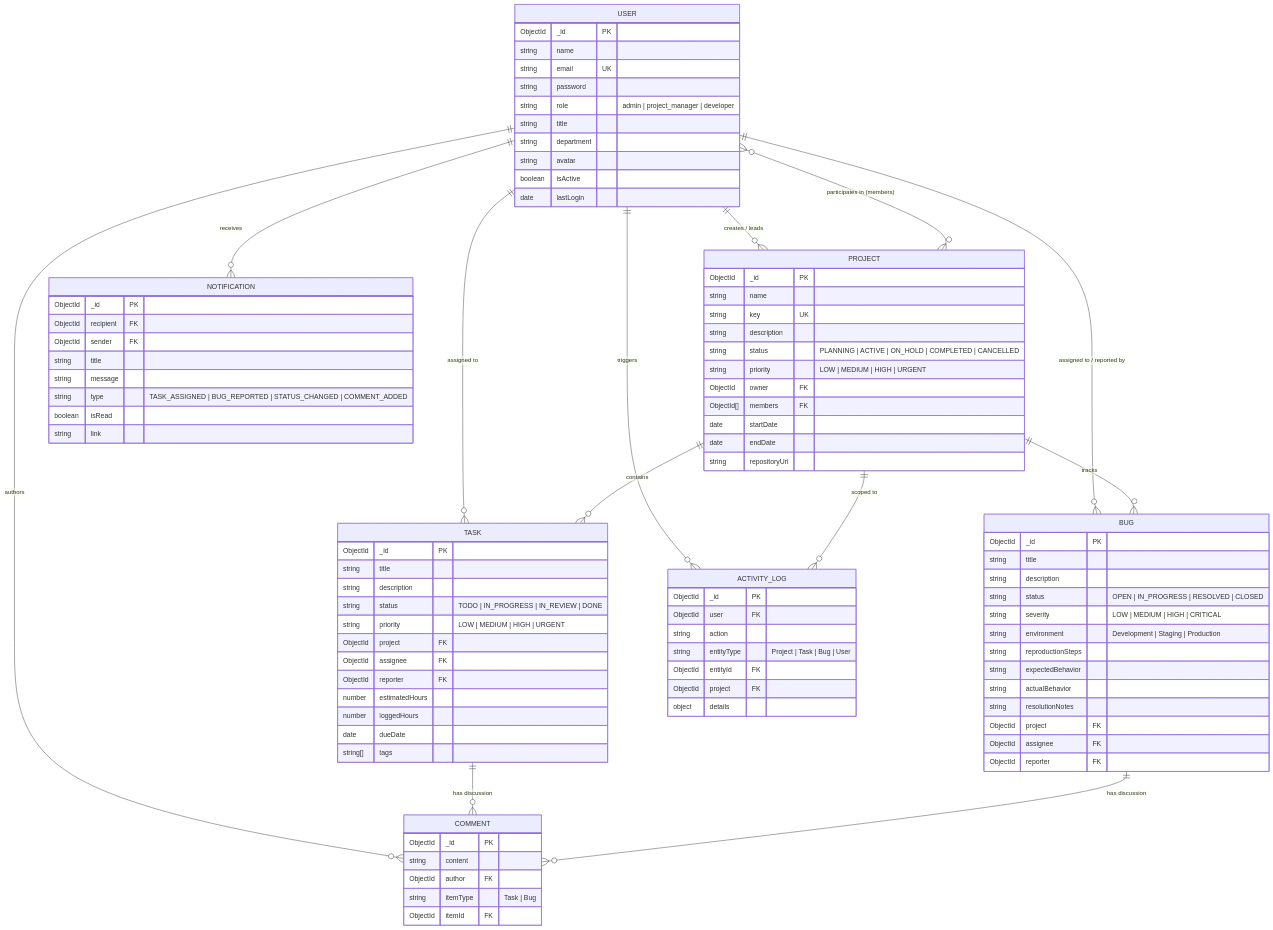
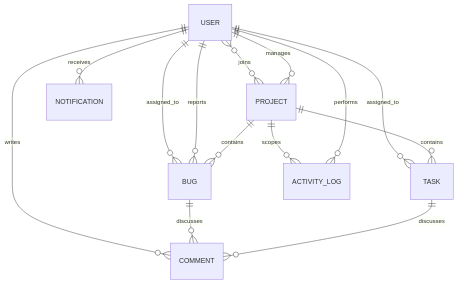
One commit to naveeedkhan123/devtrack-project-management-system changed the second of 2 diagrams in docs/architecture.md. Above: the diagram before and after it, drawn with Mermaid. The commit also changed other lines of this file and 69 other files, not shown here.

````diff
--- a/docs/architecture.md
+++ b/docs/architecture.md
@@ -140,104 +43,16 @@
 ```mermaid
 erDiagram
-    USER ||--o{ PROJECT : "creates / leads"
-    USER }o--o{ PROJECT : "participates in (members)"
-    USER ||--o{ TASK : "assigned to"
-    USER ||--o{ BUG : "assigned to / reported by"
-    USER ||--o{ COMMENT : "authors"
-    USER ||--o{ NOTIFICATION : "receives"
-    USER ||--o{ ACTIVITY_LOG : "triggers"
-
-    PROJECT ||--o{ TASK : "contains"
-    PROJECT ||--o{ BUG : "tracks"
-    PROJECT ||--o{ ACTIVITY_LOG : "scoped to"
-
-    TASK ||--o{ COMMENT : "has discussion"
-    BUG ||--o{ COMMENT : "has discussion"
-
-    USER {
-        ObjectId _id PK
-        string name
-        string email UK
-        string password
-        string role "admin | project_manager | developer"
-        string title
-        string department
-        string avatar
-        boolean isActive
-        date lastLogin
-    }
-
-    PROJECT {
-        ObjectId _id PK
-        string name
-        string key UK
-        string description
-        string status "PLANNING | ACTIVE | ON_HOLD | COMPLETED | CANCELLED"
-        string priority "LOW | MEDIUM | HIGH | URGENT"
-        ObjectId owner FK
-        ObjectId[] members FK
-        date startDate
-        date endDate
-        string repositoryUrl
-    }
-
-    TASK {
-        ObjectId _id PK
-        string title
-        string description
-        string status "TODO | IN_PROGRESS | IN_REVIEW | DONE"
-        string priority "LOW | MEDIUM | HIGH | URGENT"
-        ObjectId project FK
-        ObjectId assignee FK
-        ObjectId reporter FK
-        number estimatedHours
-        number loggedHours
-        date dueDate
-        string[] tags
-    }
-
-    BUG {
-        ObjectId _id PK
-        string title
-        string description
-        string status "OPEN | IN_PROGRESS | RESOLVED | CLOSED"
-        string severity "LOW | MEDIUM | HIGH | CRITICAL"
-        string environment "Development | Staging | Production"
-        string reproductionSteps
-        string expectedBehavior
-        string actualBehavior
-        string resolutionNotes
-        ObjectId project FK
-        ObjectId assignee FK
-        ObjectId reporter FK
-    }
-
-    COMMENT {
-        ObjectId _id PK
-        string content
-        ObjectId author FK
-        string itemType "Task | Bug"
-        ObjectId itemId FK
-    }
-
-    NOTIFICATION {
-        ObjectId _id PK
-        ObjectId recipient FK
-        ObjectId sender FK
-        string title
-        string message
-        string type "TASK_ASSIGNED | BUG_REPORTED | STATUS_CHANGED | COMMENT_ADDED"
-        boolean isRead
-        string link
-    }
-
-    ACTIVITY_LOG {
-        ObjectId _id PK
-        ObjectId user FK
-        string action
-        string entityType "Project | Task | Bug | User"
-        ObjectId entityId FK
-        ObjectId project FK
-        object details
-    }
+  USER ||--o{ PROJECT : manages
+  USER }o--o{ PROJECT : joins
+  PROJECT ||--o{ TASK : contains
+  PROJECT ||--o{ BUG : contains
+  USER ||--o{ TASK : assigned_to
+  USER ||--o{ BUG : reports
+  USER ||--o{ BUG : assigned_to
+  TASK ||--o{ COMMENT : discusses
+  BUG ||--o{ COMMENT : discusses
+  USER ||--o{ COMMENT : writes
+  USER ||--o{ NOTIFICATION : receives
+  USER ||--o{ ACTIVITY_LOG : performs
+  PROJECT ||--o{ ACTIVITY_LOG : scopes
 ```
````
